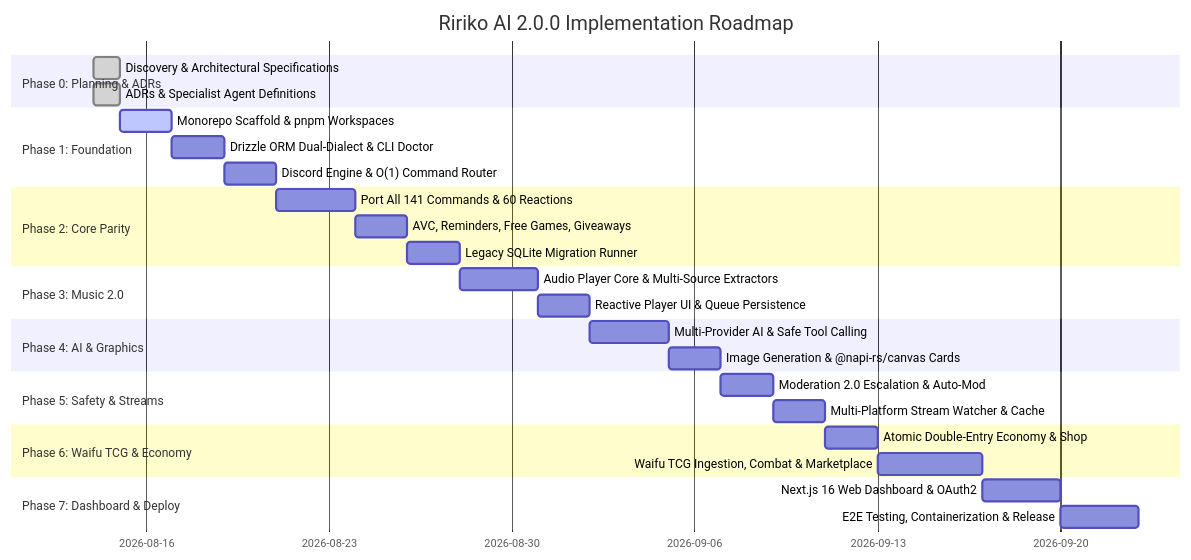
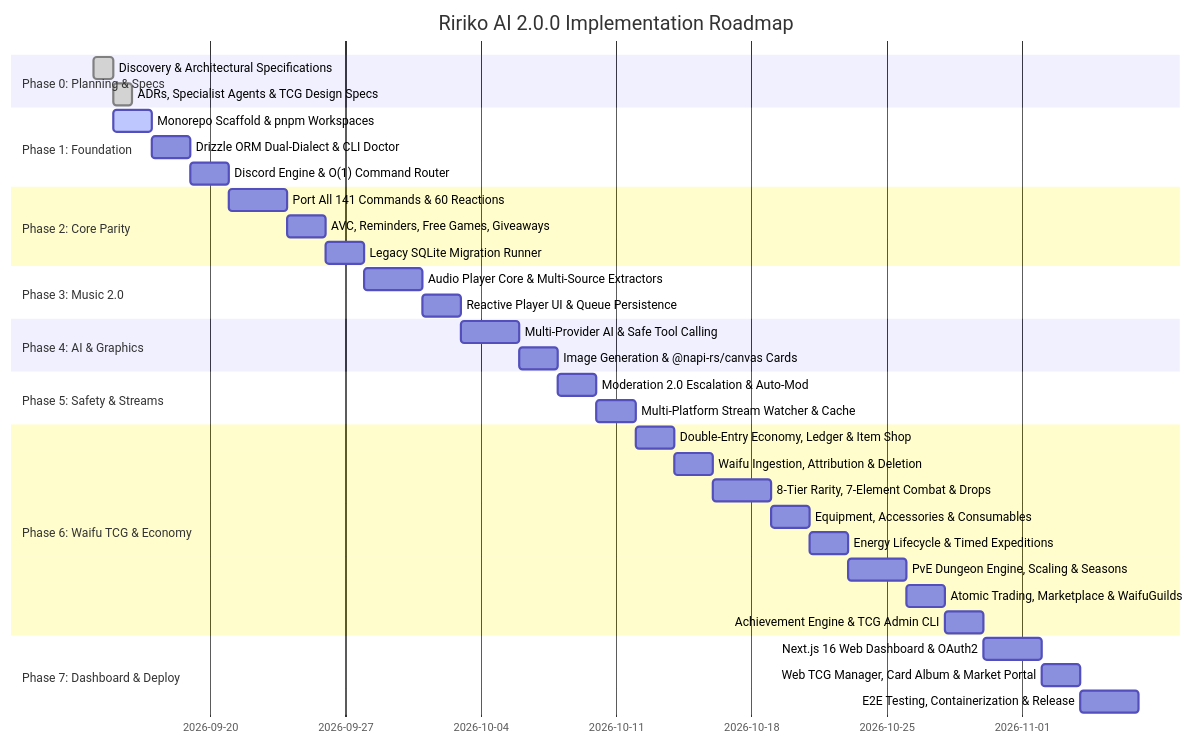
Before and after one commit to RirikoAI/RirikoBot: the diagram in docs/implementation-roadmap.md, drawn with Mermaid. The commit also changed other lines of this file, not shown here.

Commit message:
docs(roadmap): synchronize Waifu TCG specifications and align roadmap timeline with 2026-09-15

````diff
--- a/docs/implementation-roadmap.md
+++ b/docs/implementation-roadmap.md
@@ -5,31 +9,38 @@
 ```mermaid
 gantt
     title Ririko AI 2.0.0 Implementation Roadmap
     dateFormat  YYYY-MM-DD
-    section Phase 0: Planning & ADRs
-    Discovery & Architectural Specifications   :done, 2026-08-14, 1d
-    ADRs & Specialist Agent Definitions        :done, 2026-08-14, 1d
+    section Phase 0: Planning & Specs
+    Discovery & Architectural Specifications   :done, 2026-09-14, 1d
+    ADRs, Specialist Agents & TCG Design Specs :done, 2026-09-15, 1d
     section Phase 1: Foundation
-    Monorepo Scaffold & pnpm Workspaces        :active, 2026-08-15, 2d
-    Drizzle ORM Dual-Dialect & CLI Doctor      :2026-08-17, 2d
-    Discord Engine & O(1) Command Router       :2026-08-19, 2d
+    Monorepo Scaffold & pnpm Workspaces        :active, 2026-09-15, 2d
+    Drizzle ORM Dual-Dialect & CLI Doctor      :2026-09-17, 2d
+    Discord Engine & O(1) Command Router       :2026-09-19, 2d
     section Phase 2: Core Parity
-    Port All 141 Commands & 60 Reactions       :2026-08-21, 3d
-    AVC, Reminders, Free Games, Giveaways      :2026-08-24, 2d
-    Legacy SQLite Migration Runner             :2026-08-26, 2d
+    Port All 141 Commands & 60 Reactions       :2026-09-21, 3d
+    AVC, Reminders, Free Games, Giveaways      :2026-09-24, 2d
+    Legacy SQLite Migration Runner             :2026-09-26, 2d
     section Phase 3: Music 2.0
-    Audio Player Core & Multi-Source Extractors:2026-08-28, 3d
-    Reactive Player UI & Queue Persistence     :2026-08-31, 2d
+    Audio Player Core & Multi-Source Extractors:2026-09-28, 3d
+    Reactive Player UI & Queue Persistence     :2026-10-01, 2d
     section Phase 4: AI & Graphics
-    Multi-Provider AI & Safe Tool Calling      :2026-09-02, 3d
-    Image Generation & @napi-rs/canvas Cards   :2026-09-05, 2d
+    Multi-Provider AI & Safe Tool Calling      :2026-10-03, 3d
+    Image Generation & @napi-rs/canvas Cards   :2026-10-06, 2d
     section Phase 5: Safety & Streams
-    Moderation 2.0 Escalation & Auto-Mod       :2026-09-07, 2d
-    Multi-Platform Stream Watcher & Cache      :2026-09-09, 2d
+    Moderation 2.0 Escalation & Auto-Mod       :2026-10-08, 2d
+    Multi-Platform Stream Watcher & Cache      :2026-10-10, 2d
     section Phase 6: Waifu TCG & Economy
-    Atomic Double-Entry Economy & Shop         :2026-09-11, 2d
-    Waifu TCG Ingestion, Combat & Marketplace  :2026-09-13, 4d
+    Double-Entry Economy, Ledger & Item Shop   :2026-10-12, 2d
+    Waifu Ingestion, Attribution & Deletion    :2026-10-14, 2d
+    8-Tier Rarity, 7-Element Combat & Drops    :2026-10-16, 3d
+    Equipment, Accessories & Consumables       :2026-10-19, 2d
+    Energy Lifecycle & Timed Expeditions       :2026-10-21, 2d
+    PvE Dungeon Engine, Scaling & Seasons      :2026-10-23, 3d
+    Atomic Trading, Marketplace & WaifuGuilds  :2026-10-26, 2d
+    Achievement Engine & TCG Admin CLI         :2026-10-28, 2d
     section Phase 7: Dashboard & Deploy
-    Next.js 16 Web Dashboard & OAuth2          :2026-09-17, 3d
-    E2E Testing, Containerization & Release    :2026-09-20, 3d
+    Next.js 16 Web Dashboard & OAuth2          :2026-10-30, 3d
+    Web TCG Manager, Card Album & Market Portal:2026-11-02, 2d
+    E2E Testing, Containerization & Release    :2026-11-04, 3d
 ```
````
